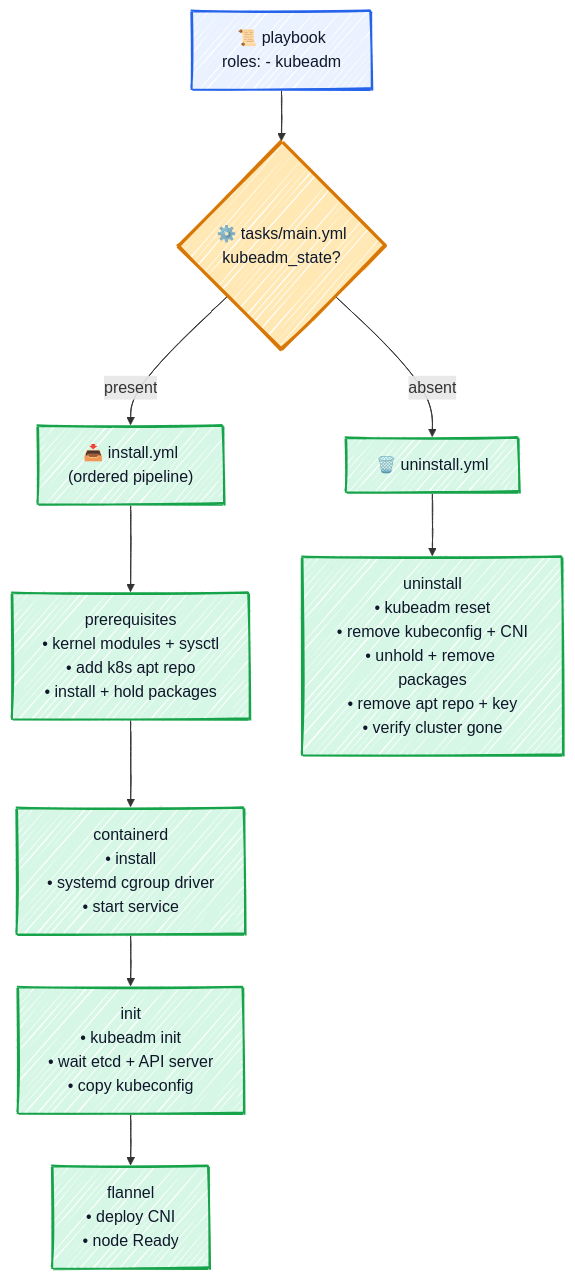
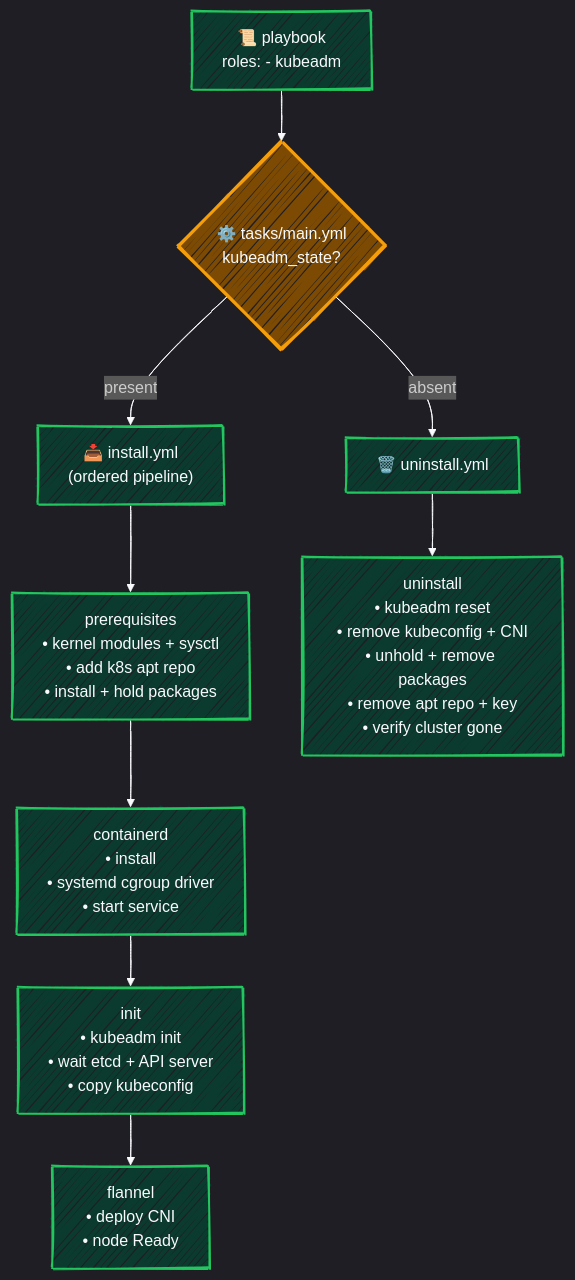
The fourth of 4 diagrams in README.md (r97221004/ansible-tutorial), drawn with Mermaid before and after one commit. The commit also changed other lines of this file, not shown here.

First line of the commit message:
docs: switch diagrams to dark theme and bump stars badge

````diff
--- a/README.md
+++ b/README.md
@@ -1409,27 +1433,35 @@
 ```mermaid
 ---
 config:
   look: handDrawn
-  theme: default
+  theme: dark
   themeVariables:
     fontFamily: '"Comic Sans MS", "Comic Sans", "Segoe Print", "Bradley Hand", cursive'
+    darkMode: true
+    background: '#11151c'
+    primaryColor: '#0B3B2E'
+    primaryBorderColor: '#22C55E'
+    primaryTextColor: '#F8FAFC'
+    lineColor: '#F8FAFC'
+    clusterBkg: '#11151c'
+    clusterBorder: '#94A3B8'
 ---
 flowchart TB
     pb["📜 playbook<br/>roles: - kubeadm"] --> main{"⚙️ tasks/main.yml<br/>kubeadm_state?"}
     main -- "present" --> inst["📥 install.yml<br/>(ordered pipeline)"]
     main -- "absent" --> uninst["🗑️ uninstall.yml"]
 
     inst --> P["prerequisites<br/>• kernel modules + sysctl<br/>• add k8s apt repo<br/>• install + hold packages"]
     P --> C["containerd<br/>• install<br/>• systemd cgroup driver<br/>• start service"]
     C --> I["init<br/>• kubeadm init<br/>• wait etcd + API server<br/>• copy kubeconfig"]
     I --> F["flannel<br/>• deploy CNI<br/>• node Ready"]
 
     uninst --> U["uninstall<br/>• kubeadm reset<br/>• remove kubeconfig + CNI<br/>• unhold + remove packages<br/>• remove apt repo + key<br/>• verify cluster gone"]
 
-    classDef ctrl fill:#EAF2FF,stroke:#2563EB,stroke-width:2px,color:#0F172A;
-    classDef eng fill:#FFE8B3,stroke:#D97706,stroke-width:3px,color:#0F172A;
-    classDef tgt fill:#D7F7E6,stroke:#16A34A,stroke-width:2px,color:#0F172A;
+    classDef ctrl fill:#0B3B2E,stroke:#22C55E,stroke-width:2px,color:#F8FAFC;
+    classDef eng fill:#7C4A03,stroke:#F59E0B,stroke-width:3px,color:#F8FAFC;
+    classDef tgt fill:#0B3B2E,stroke:#22C55E,stroke-width:2px,color:#F8FAFC;
     class pb ctrl;
     class main eng;
     class inst,uninst,P,C,I,F,U tgt;
 ```
````
